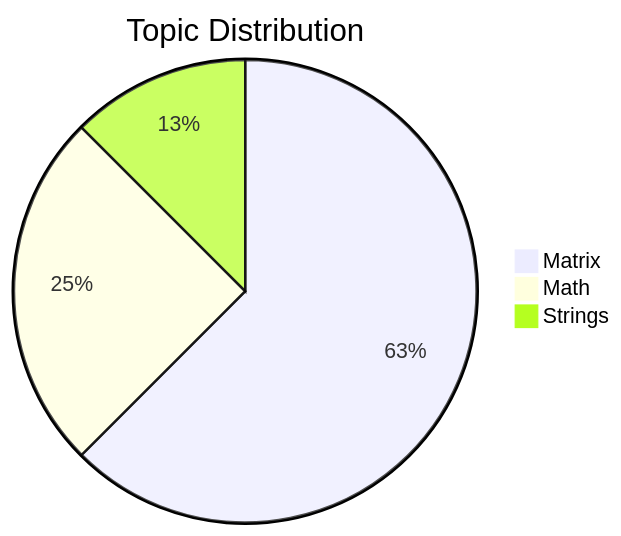
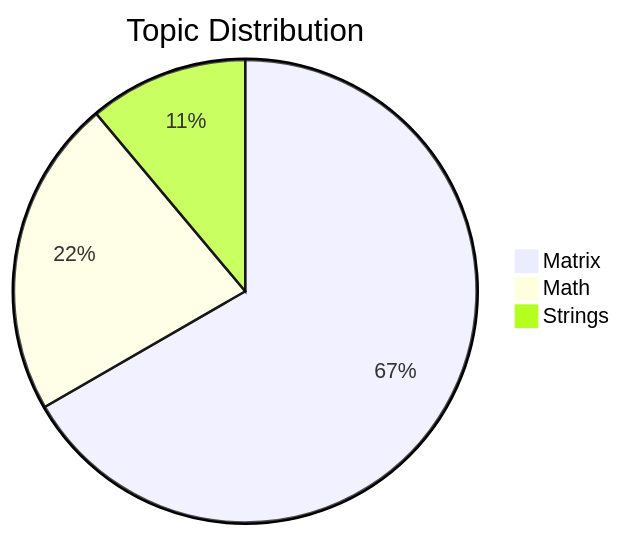
One commit to PrasannaTheBest/60-Days-Hell-Period changed the second of 2 diagrams in README.md. Above: the diagram before and after it, drawn with Mermaid. The commit also changed other lines of this file and 3 other files, not shown here.

````diff
--- a/README.md
+++ b/README.md
@@ -64,6 +73,6 @@
 ```mermaid
 pie title Topic Distribution
-    "Matrix" : 5
+    "Matrix" : 6
     "Math" : 2
     "Strings" : 1
 ```
````
